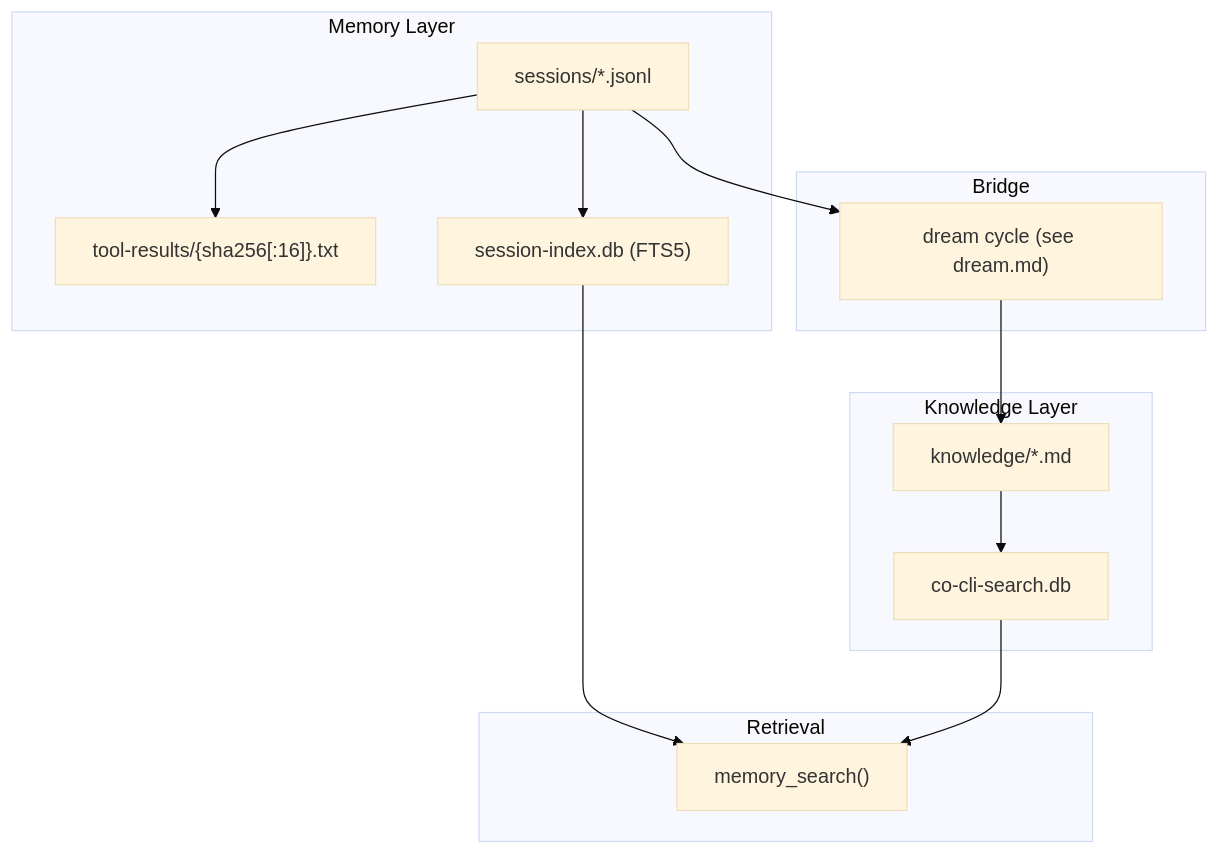
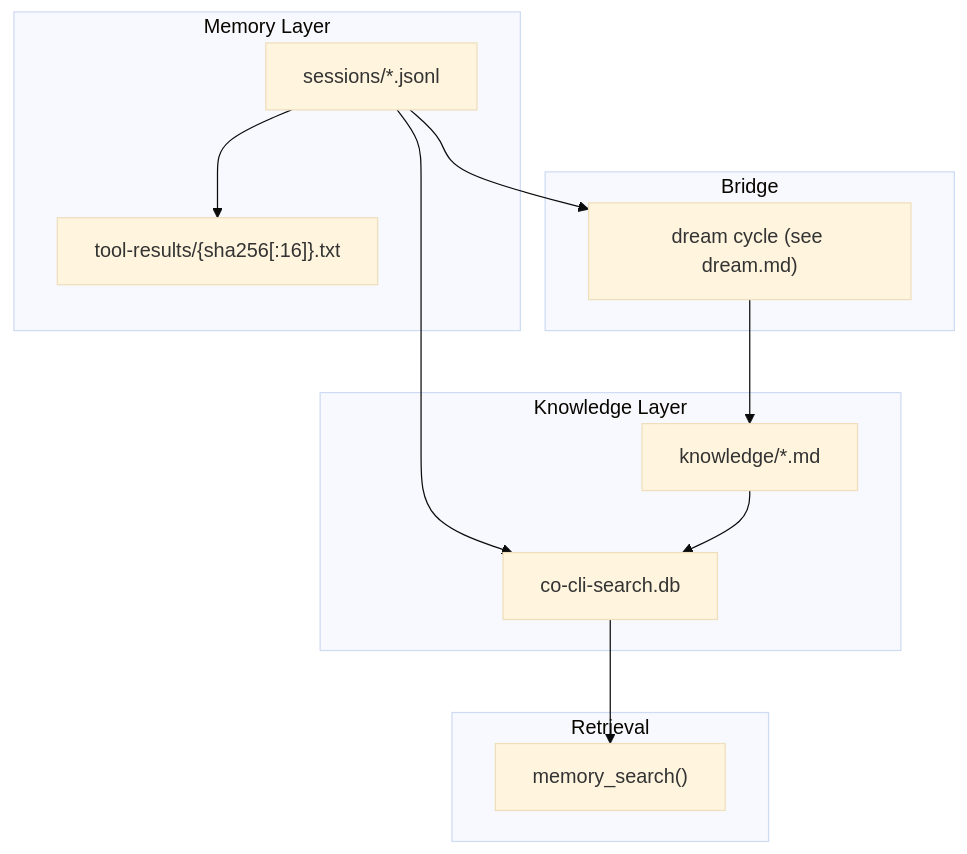
Before and after one commit to binlecode/co-cli: the diagram in docs/specs/memory.md, drawn with Mermaid (base theme). The commit also changed other lines of this file and 3 other files, not shown here.

````diff
--- a/docs/specs/memory.md
+++ b/docs/specs/memory.md
@@ -40,29 +40,27 @@
 ```mermaid
 flowchart TD
     subgraph Memory["Memory Layer"]
         Sessions["sessions/*.jsonl"]
         Spill["tool-results/{sha256[:16]}.txt"]
-        SessionIdx["session-index.db (FTS5)"]
     end
 
     subgraph Bridge["Bridge"]
         Dream["dream cycle (see dream.md)"]
     end
 
     subgraph Knowledge["Knowledge Layer"]
         KDir["knowledge/*.md"]
         SearchDB["co-cli-search.db"]
     end
 
     subgraph Recall["Retrieval"]
         MemorySearch["memory_search()"]
     end
 
-    Sessions --> SessionIdx
+    Sessions --> SearchDB
     Sessions --> Dream
     Sessions --> Spill
     Dream --> KDir
     KDir --> SearchDB
-    SessionIdx --> MemorySearch
     SearchDB --> MemorySearch
 ```
````
